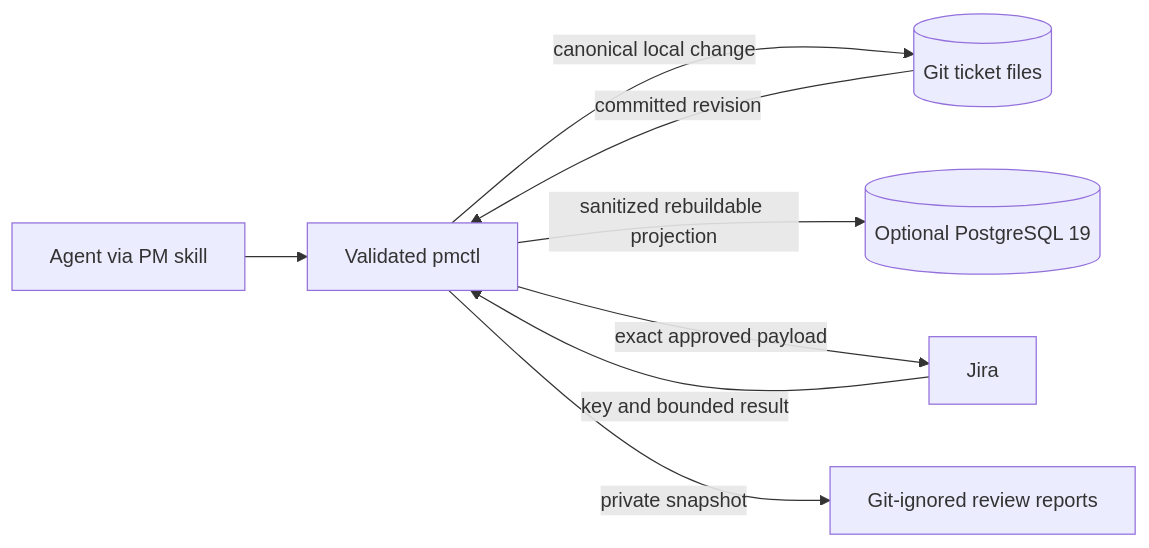
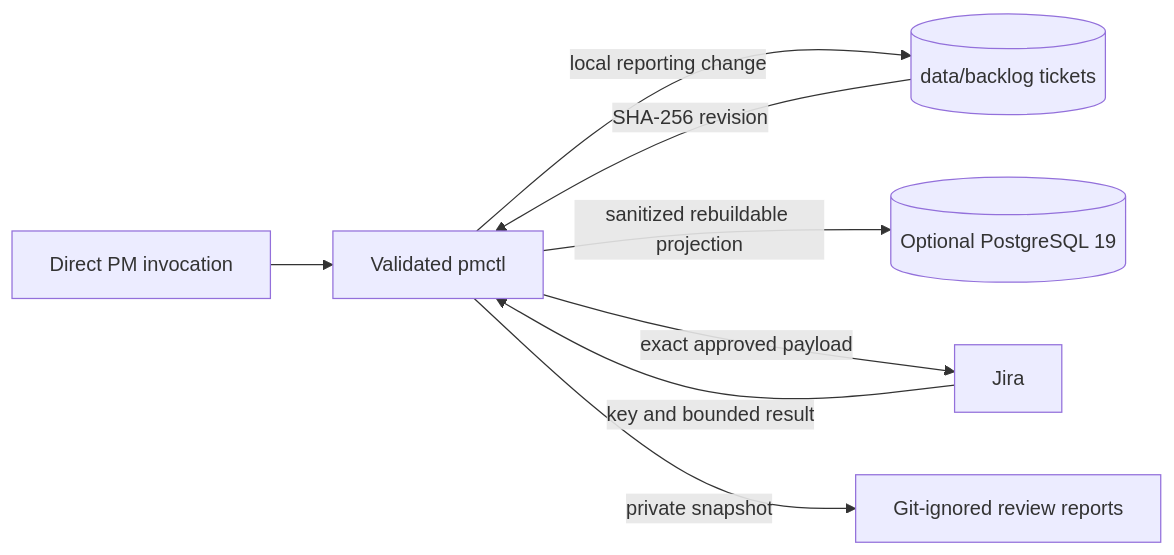
The first of 4 diagrams in docs/specs/pm_kernel/README.md (Saltiola7/dotfiles-ai), drawn with Mermaid before and after one commit. The commit also changed other lines of this file and 19 other files, not shown here.

Commit message:
docs(lifecycle): separate PM reporting

````diff
--- a/docs/specs/pm_kernel/README.md
+++ b/docs/specs/pm_kernel/README.md
@@ -443,12 +443,12 @@
 ```mermaid
 flowchart LR
     accTitle: PM Kernel authority and trust boundaries
-    accDescr: Git ticket files are canonical; the validated CLI reads and changes local tickets, builds explicit Jira payload previews, and projects sanitized evidence to optional PostgreSQL. Jira and PostgreSQL never become ticket authority.
-    A[Agent via PM skill] --> C[Validated pmctl]
-    C -->|canonical local change| G[(Git ticket files)]
-    G -->|committed revision| C
+    accDescr: Direct operator invocation reaches validated pmctl, which reads local content-hashed PM files, builds explicit Jira payload previews, and optionally projects them to PostgreSQL. No PM component becomes lifecycle authority.
+    A[Direct PM invocation] --> C[Validated pmctl]
+    C -->|local reporting change| G[(data/backlog tickets)]
+    G -->|SHA-256 revision| C
     C -->|sanitized rebuildable projection| P[(Optional PostgreSQL 19)]
     C -->|exact approved payload| J[Jira]
     J -->|key and bounded result| C
     C -->|private snapshot| R[Git-ignored review reports]
 ```
````
